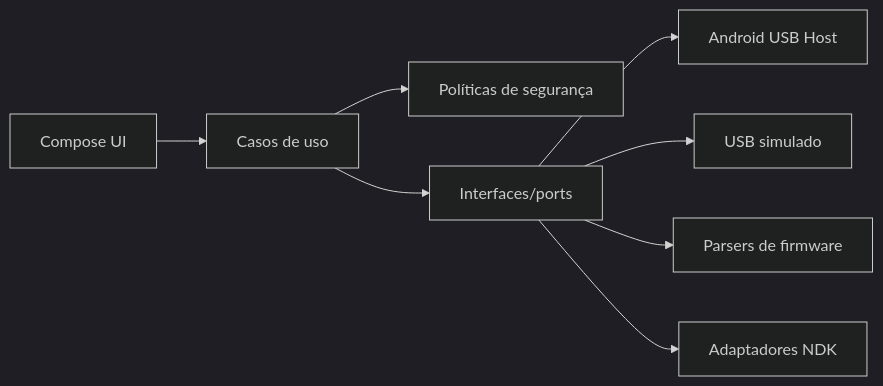
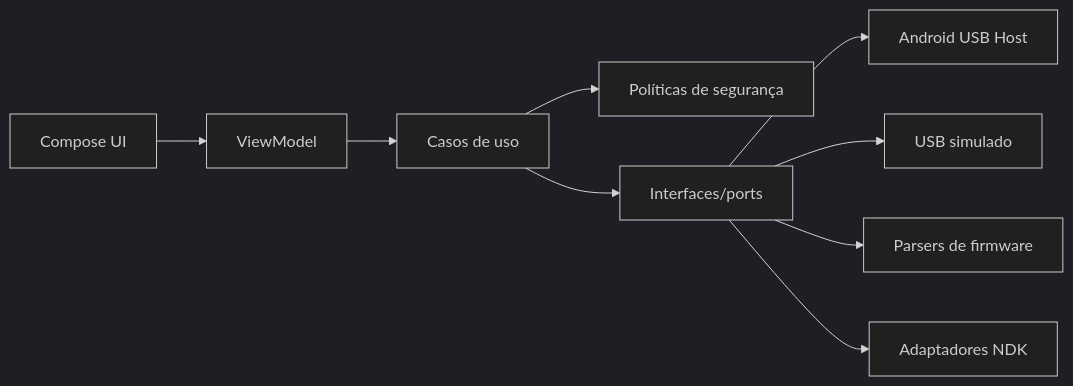
Before and after one commit to itayson/Rockservice-mobile: the first of 4 diagrams in docs/ARCHITECTURE.md, drawn with Mermaid (dark theme). The commit also changed other lines of this file, not shown here.

Commit message:
docs: align architecture with current bootstrap

````diff
--- a/docs/ARCHITECTURE.md
+++ b/docs/ARCHITECTURE.md
@@ -5,10 +13,11 @@
 ```mermaid
 flowchart LR
-  UI[Compose UI] --> UC[Casos de uso]
+  UI[Compose UI] --> VM[ViewModel]
+  VM --> UC[Casos de uso]
   UC --> POL[Políticas de segurança]
   UC --> PORT[Interfaces/ports]
   PORT --> USB[Android USB Host]
   PORT --> SIM[USB simulado]
   PORT --> FW[Parsers de firmware]
   PORT --> NDK[Adaptadores NDK]
 ```
````
